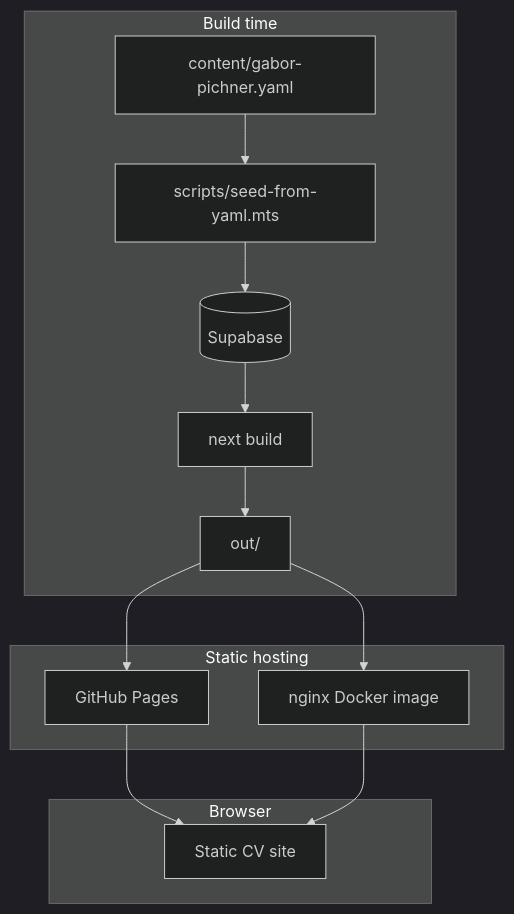
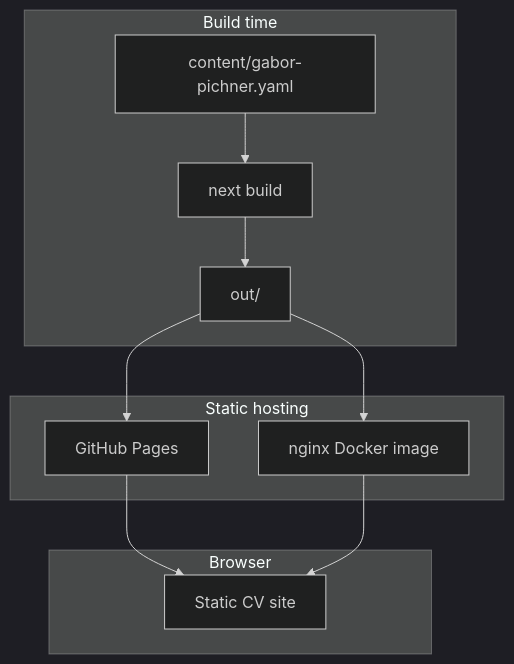
The first of 3 diagrams in docs/.ai/architecture.md (95gabor/cv), drawn with Mermaid (dark theme) before and after one commit. The commit also changed other lines of this file and 49 other files, not shown here.

First line of the commit message:
refactor(cv): read CV data from YAML instead of Supabase (#175)

````diff
--- a/docs/.ai/architecture.md
+++ b/docs/.ai/architecture.md
@@ -5,22 +5,19 @@
 ```mermaid
 flowchart TB
     subgraph build [Build time]
         YAML[content/gabor-pichner.yaml]
-        Seed[scripts/seed-from-yaml.mts]
-        SB[(Supabase)]
         Next[next build]
-        YAML --> Seed --> SB
-        SB --> Next
+        YAML --> Next
         Next --> Static[out/]
     end
 
     subgraph runtime [Static hosting]
         Static --> GH[GitHub Pages]
         Static --> Docker[nginx Docker image]
     end
 
     subgraph client [Browser]
         GH --> Site[Static CV site]
         Docker --> Site
     end
 ```
````
